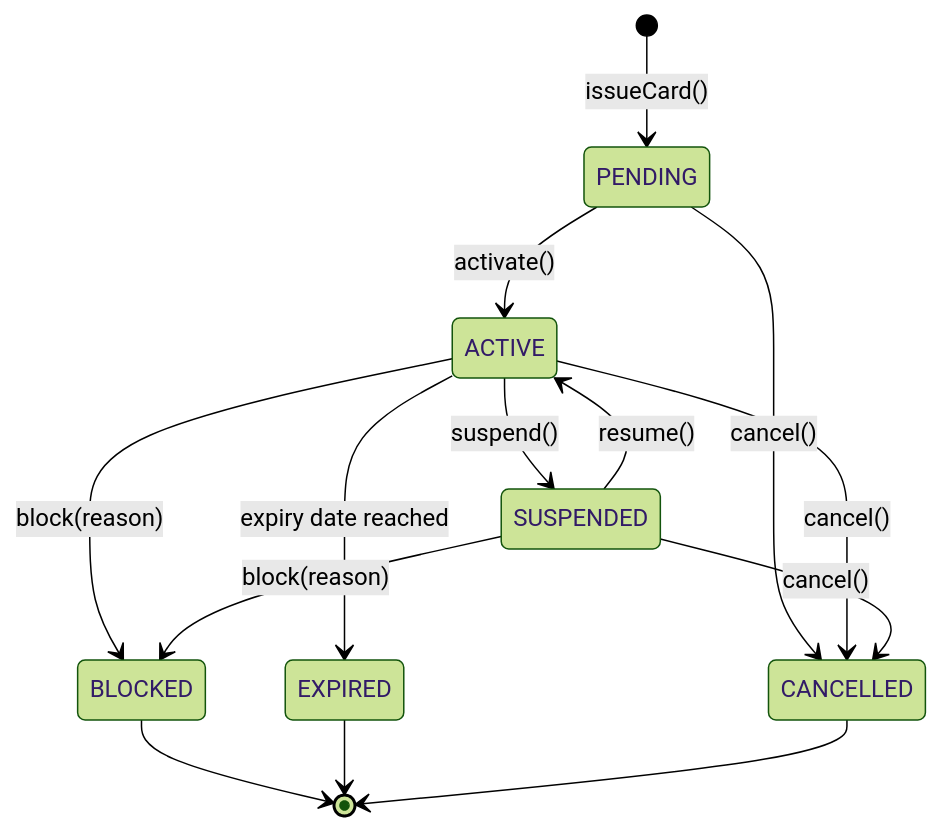
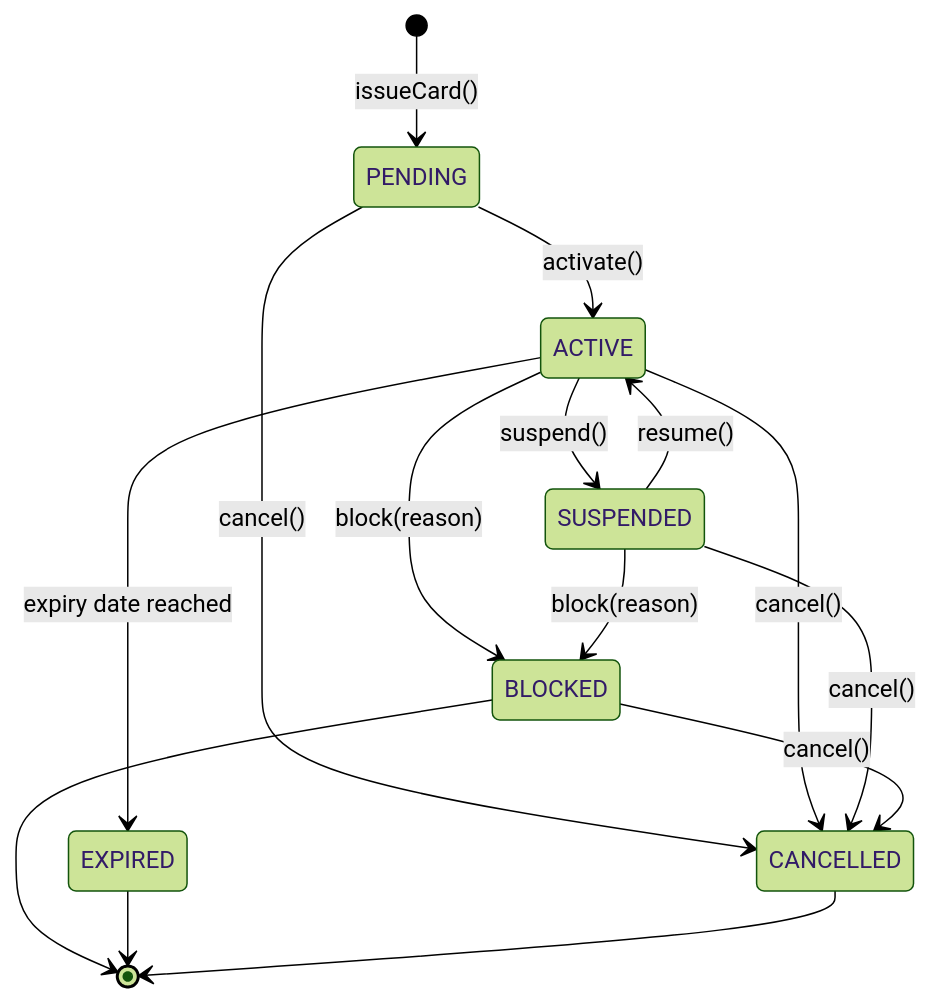
One commit to JiRaska/open-bank-oss changed the diagram in openbank-card-issuance-service/src/main/resources/diagrams/03-card-lifecycle.mmd. Above: the diagram before and after it, drawn with Mermaid (forest theme). The commit also changed 46 other files, not shown here.

```diff
--- a/openbank-card-issuance-service/src/main/resources/diagrams/03-card-lifecycle.mmd
+++ b/openbank-card-issuance-service/src/main/resources/diagrams/03-card-lifecycle.mmd
@@ -1,15 +1,17 @@
 %% title: Card Lifecycle
 stateDiagram-v2
     [*] --> PENDING : issueCard()
     PENDING --> ACTIVE : activate()
     ACTIVE --> SUSPENDED : suspend()
     SUSPENDED --> ACTIVE : resume()
     ACTIVE --> BLOCKED : block(reason)
     SUSPENDED --> BLOCKED : block(reason)
     ACTIVE --> EXPIRED : expiry date reached
     PENDING --> CANCELLED : cancel()
     ACTIVE --> CANCELLED : cancel()
     SUSPENDED --> CANCELLED : cancel()
+    %% a lost card (BLOCKED) that the customer then closes
+    BLOCKED --> CANCELLED : cancel()
     BLOCKED --> [*]
     EXPIRED --> [*]
     CANCELLED --> [*]
```
